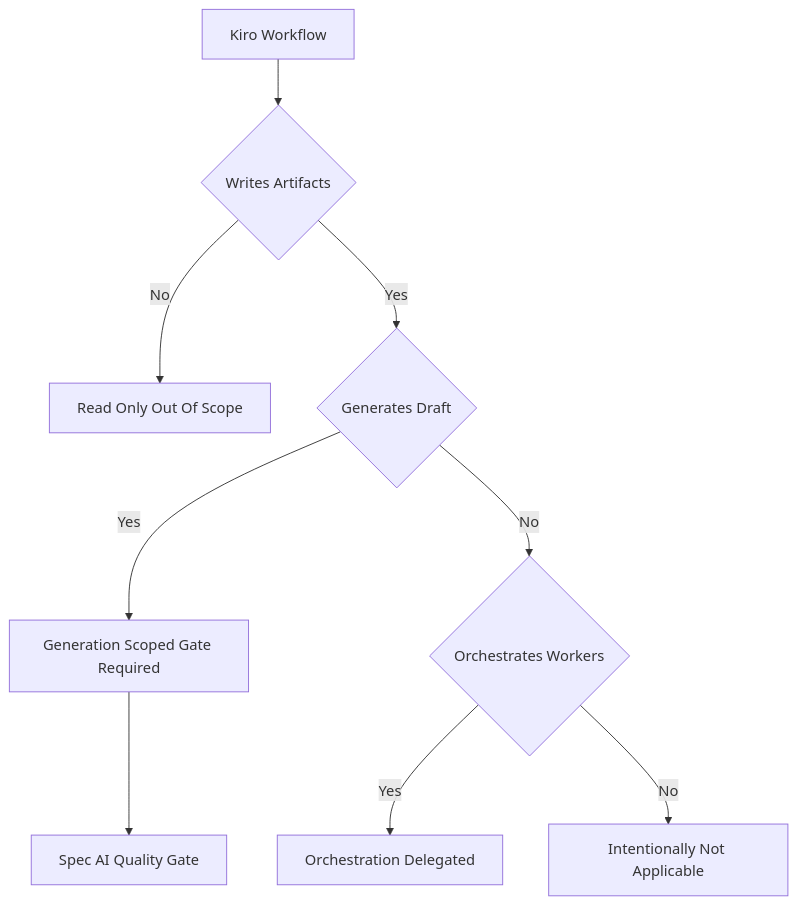
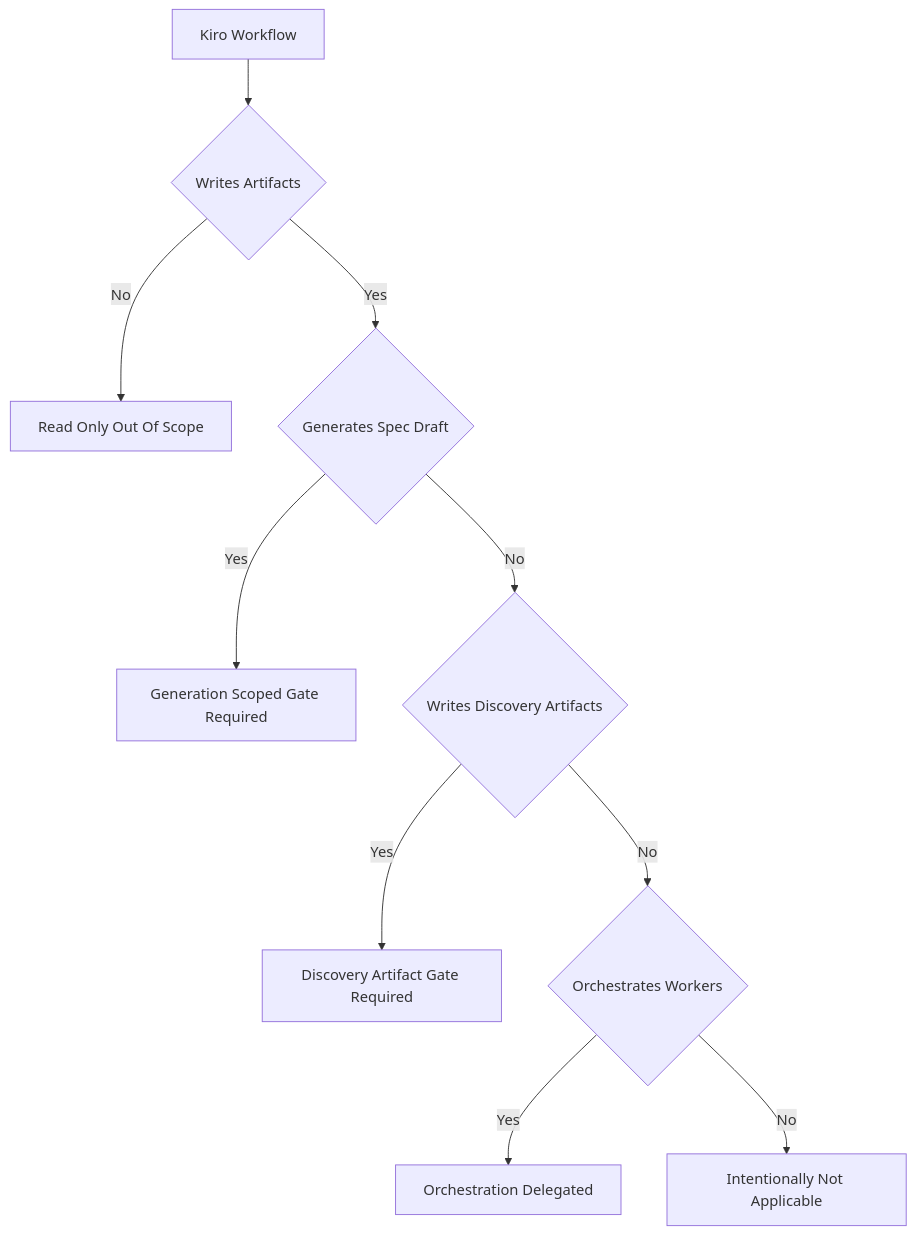
The second of 4 diagrams in .kiro/specs/kiro-ai-quality-gate-workflow-coverage/design.md (j5ik2o/takt-sdd), drawn with Mermaid before and after one commit. The commit also changed other lines of this file and 23 other files, not shown here.

Commit message:
feat(kiro): add discovery AI quality gate

````diff
--- a/.kiro/specs/kiro-ai-quality-gate-workflow-coverage/design.md
+++ b/.kiro/specs/kiro-ai-quality-gate-workflow-coverage/design.md
@@ -159,11 +173,12 @@
 ```mermaid
 flowchart TD
     Workflow[Kiro Workflow] --> WritesArtifacts{Writes Artifacts}
     WritesArtifacts -->|No| ReadOnly[Read Only Out Of Scope]
-    WritesArtifacts -->|Yes| GeneratesDraft{Generates Draft}
-    GeneratesDraft -->|Yes| Eligible[Generation Scoped Gate Required]
-    GeneratesDraft -->|No| Orchestrates{Orchestrates Workers}
-    Orchestrates -->|Yes| Delegated[Orchestration Delegated]
-    Orchestrates -->|No| NotApplicable[Intentionally Not Applicable]
-    Eligible --> Gate[Spec AI Quality Gate]
+    WritesArtifacts -->|Yes| GenerationDraft{Generates Spec Draft}
+    GenerationDraft -->|Yes| GenerationGate[Generation Scoped Gate Required]
+    GenerationDraft -->|No| DiscoveryArtifacts{Writes Discovery Artifacts}
+    DiscoveryArtifacts -->|Yes| DiscoveryGate[Discovery Artifact Gate Required]
+    DiscoveryArtifacts -->|No| Orchestration{Orchestrates Workers}
+    Orchestration -->|Yes| Delegated[Orchestration Delegated]
+    Orchestration -->|No| NotApplicable[Intentionally Not Applicable]
 ```
````
